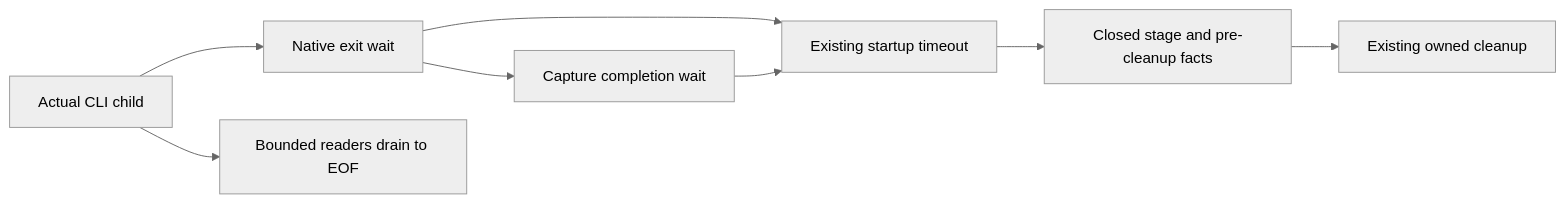
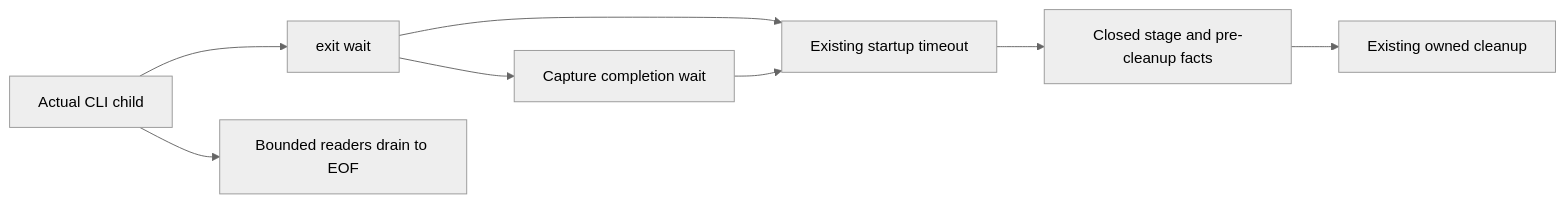
The second of 4 diagrams in docs/Features/TestInfrastructure.md (managedcode/KeyLoad), drawn with Mermaid (neutral theme) before and after one commit. The commit also changed other lines of this file and 9016 other files, not shown here.

````diff
--- a/docs/Features/TestInfrastructure.md
+++ b/docs/Features/TestInfrastructure.md
@@ -199,10 +199,10 @@
 ```mermaid
 flowchart LR
-    Host[Actual CLI child] --> Exit[Native exit wait]
+    Host[Actual CLI child] --> Exit[exit wait]
     Host --> Capture[Bounded readers drain to EOF]
     Exit --> Drain[Capture completion wait]
     Exit --> Failure[Existing startup timeout]
     Drain --> Failure
     Failure --> Receipt[Closed stage and pre-cleanup facts]
     Receipt --> Cleanup[Existing owned cleanup]
 ```
````
